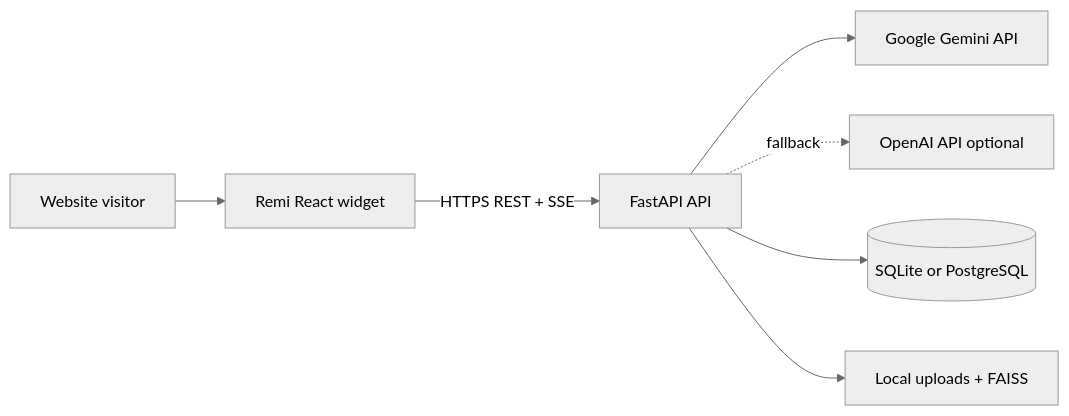
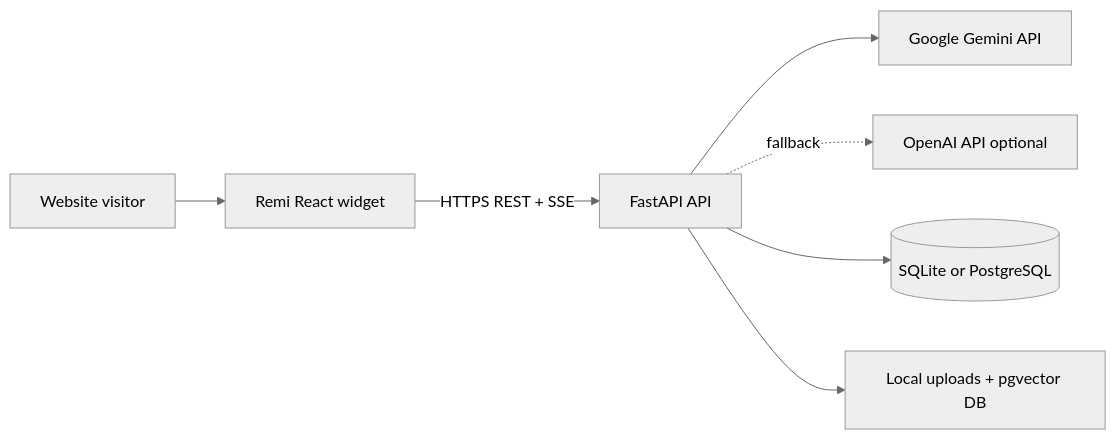
One commit to akshatha-22/chatbot-widget changed the first of 11 diagrams in docs/02_architecture_diagrams.md. Above: the diagram before and after it, drawn with Mermaid (neutral theme). The commit also changed other lines of this file and 10 other files, not shown here.

````diff
--- a/docs/02_architecture_diagrams.md
+++ b/docs/02_architecture_diagrams.md
@@ -9,16 +9,16 @@
 ```mermaid
 flowchart LR
     User[Website visitor]
     Widget[Remi React widget]
     API[FastAPI API]
     Gemini[Google Gemini API]
     OpenAI[OpenAI API optional]
     DB[(SQLite or PostgreSQL)]
 
     User --> Widget
     Widget -->|HTTPS REST + SSE| API
     API --> Gemini
     API -.->|fallback| OpenAI
     API --> DB
-    API --> Disk[Local uploads + FAISS]
+    API --> Disk[Local uploads + pgvector DB]
 ```
````
